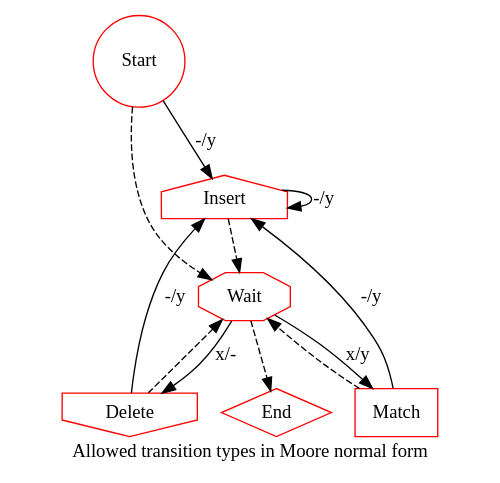
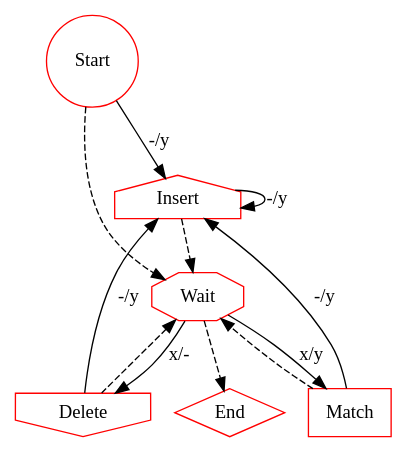
The diagram in transitions.dot (ihh/transducer-tutorial), drawn with Graphviz before and after one commit. The commit also changed 35 other files, not shown here.

Commit message:
Moving to automatic generation of state diagrams

```diff
--- a/transitions.dot
+++ b/transitions.dot
@@ -1,31 +1,31 @@
 digraph G {
 
     S [label="Start", shape=circle, color=red];
     E [label="End", shape=diamond, color=red];
 
     I [label="Insert", shape=house, color=red];
 
     W [label="Wait", shape=octagon, color=red];
 
     M [label="Match", shape=rect, color=red];
     D [label="Delete", shape=invhouse, color=red];
 
 S->I [label="-/y"];
 S->W [style=dashed];
 
 W->E [style=dashed];
 
 W->M [label="x/y"];
 W->D [label="x/-"];
 
 I->I [label="-/y"];
 I->W [style=dashed];
 
 M->I [label="-/y"];
 M->W [style=dashed];
 
 D->I [label="-/y"];
 D->W [style=dashed];
 
-    label="Allowed transition types in Moore normal form";
+
 }
```
